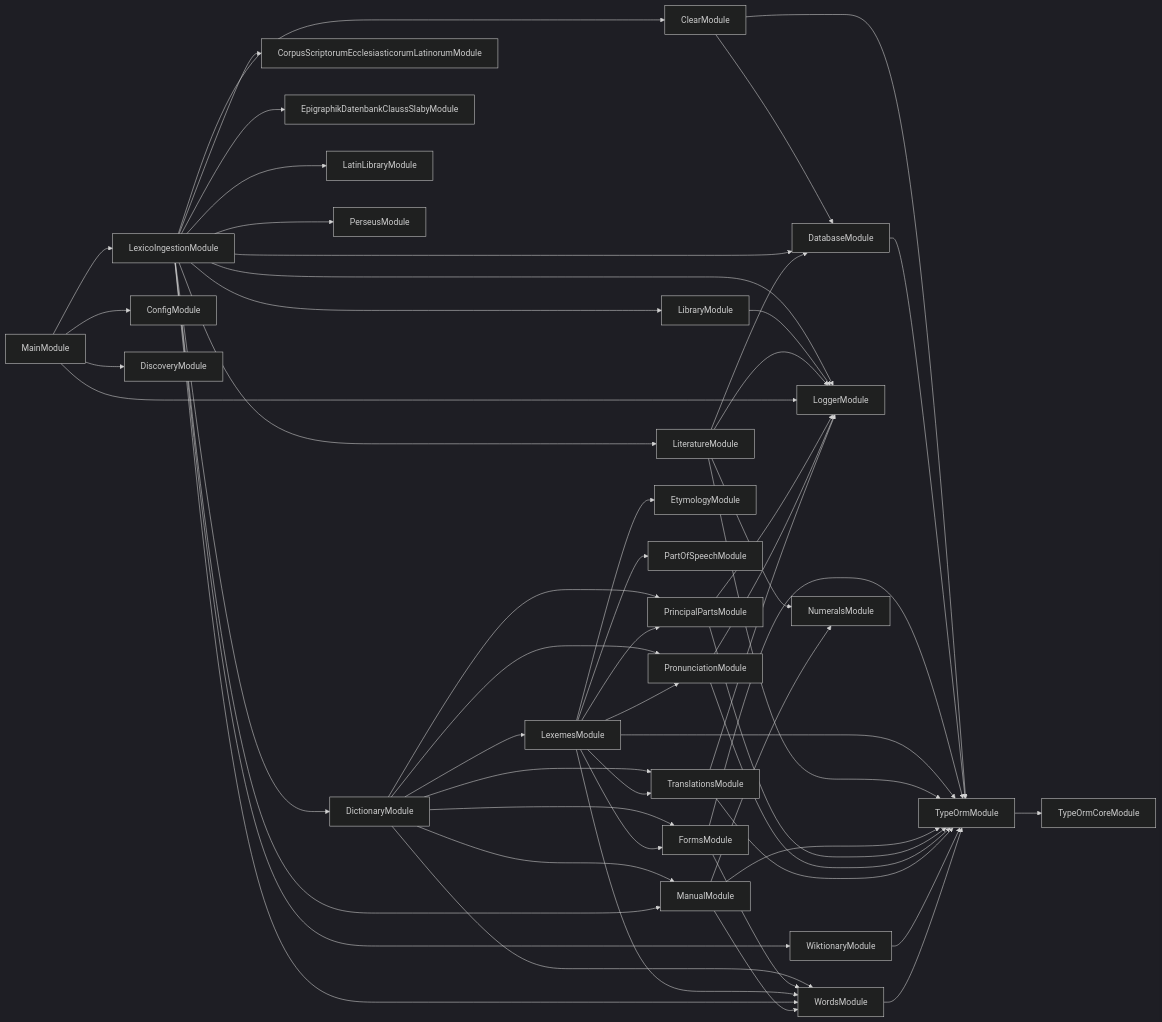
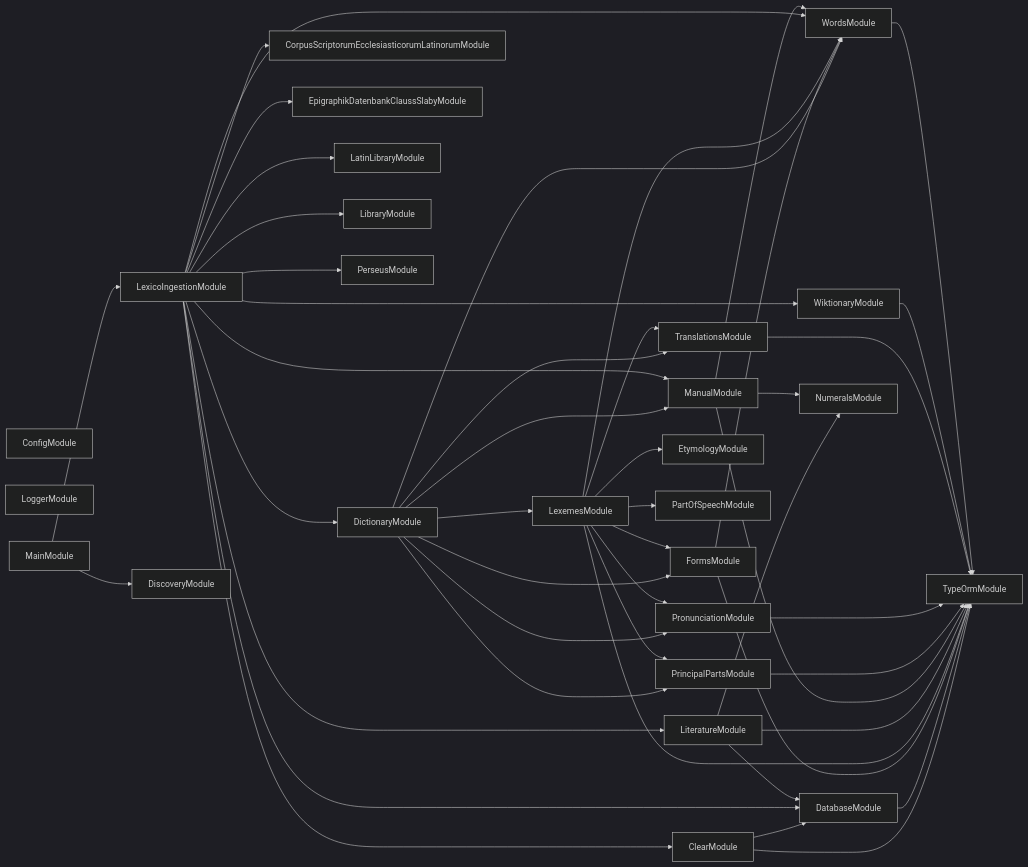
The diagram in applications/lexico-ingestion/AGENTS.md (JimmyPaolini/codebase), drawn with Mermaid (dark theme) before and after one commit. The commit also changed other lines of this file and 68 other files, not shown here.

Commit message:
feat(synchronization): ✨ graph every nestjs project through spelunker preview mode

````diff
--- a/applications/lexico-ingestion/AGENTS.md
+++ b/applications/lexico-ingestion/AGENTS.md
@@ -93,57 +93,50 @@
 ```mermaid
 flowchart LR
+  ConfigModule
+  LoggerModule
   ClearModule --> DatabaseModule
   ClearModule --> TypeOrmModule
   DatabaseModule --> TypeOrmModule
   DictionaryModule --> FormsModule
   DictionaryModule --> LexemesModule
   DictionaryModule --> ManualModule
   DictionaryModule --> PrincipalPartsModule
   DictionaryModule --> PronunciationModule
   DictionaryModule --> TranslationsModule
   DictionaryModule --> WordsModule
   FormsModule --> TypeOrmModule
   FormsModule --> WordsModule
   LexemesModule --> EtymologyModule
   LexemesModule --> FormsModule
   LexemesModule --> PartOfSpeechModule
   LexemesModule --> PrincipalPartsModule
   LexemesModule --> PronunciationModule
   LexemesModule --> TranslationsModule
   LexemesModule --> TypeOrmModule
   LexemesModule --> WordsModule
   LexicoIngestionModule --> ClearModule
   LexicoIngestionModule --> CorpusScriptorumEcclesiasticorumLatinorumModule
   LexicoIngestionModule --> DatabaseModule
   LexicoIngestionModule --> DictionaryModule
   LexicoIngestionModule --> EpigraphikDatenbankClaussSlabyModule
   LexicoIngestionModule --> LatinLibraryModule
   LexicoIngestionModule --> LibraryModule
   LexicoIngestionModule --> LiteratureModule
-  LexicoIngestionModule --> LoggerModule
   LexicoIngestionModule --> ManualModule
   LexicoIngestionModule --> PerseusModule
   LexicoIngestionModule --> WiktionaryModule
   LexicoIngestionModule --> WordsModule
-  LibraryModule --> LoggerModule
   LiteratureModule --> DatabaseModule
-  LiteratureModule --> LoggerModule
   LiteratureModule --> NumeralsModule
   LiteratureModule --> TypeOrmModule
-  MainModule --> ConfigModule
   MainModule --> DiscoveryModule
   MainModule --> LexicoIngestionModule
-  MainModule --> LoggerModule
   ManualModule --> NumeralsModule
   ManualModule --> TypeOrmModule
   ManualModule --> WordsModule
-  PrincipalPartsModule --> LoggerModule
   PrincipalPartsModule --> TypeOrmModule
-  PronunciationModule --> LoggerModule
   PronunciationModule --> TypeOrmModule
-  TranslationsModule --> LoggerModule
   TranslationsModule --> TypeOrmModule
-  TypeOrmModule --> TypeOrmCoreModule
   WiktionaryModule --> TypeOrmModule
   WordsModule --> TypeOrmModule
 ```
````
